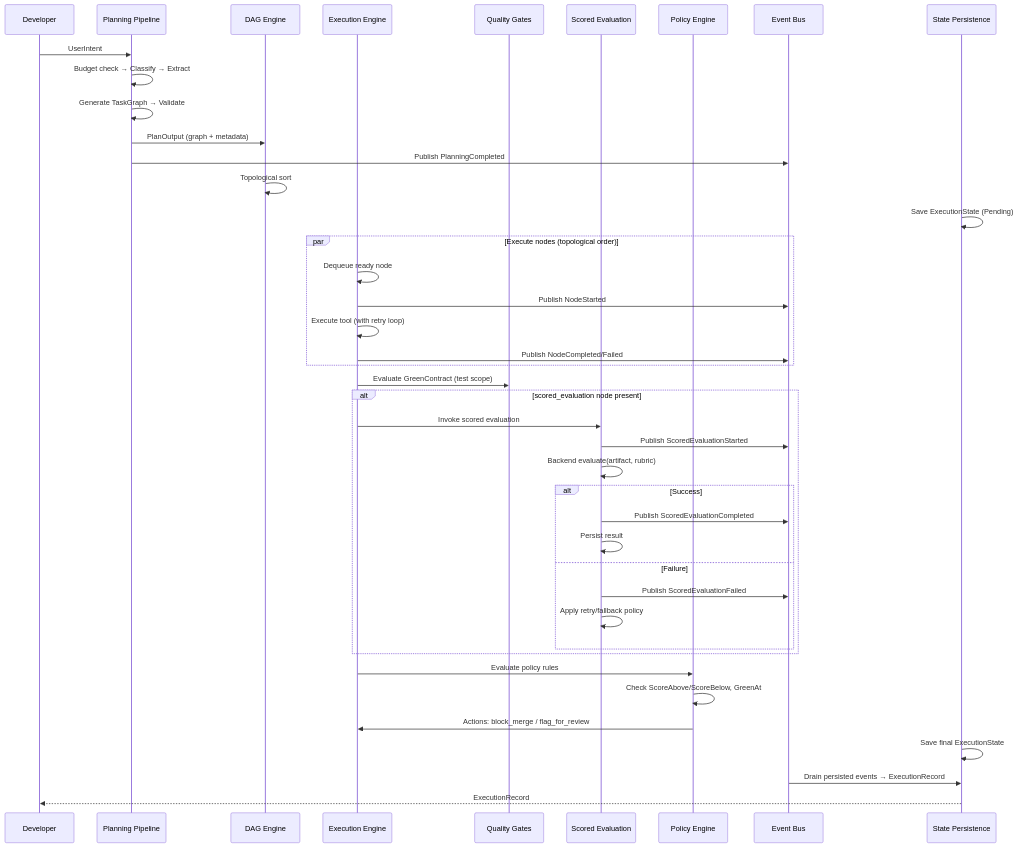
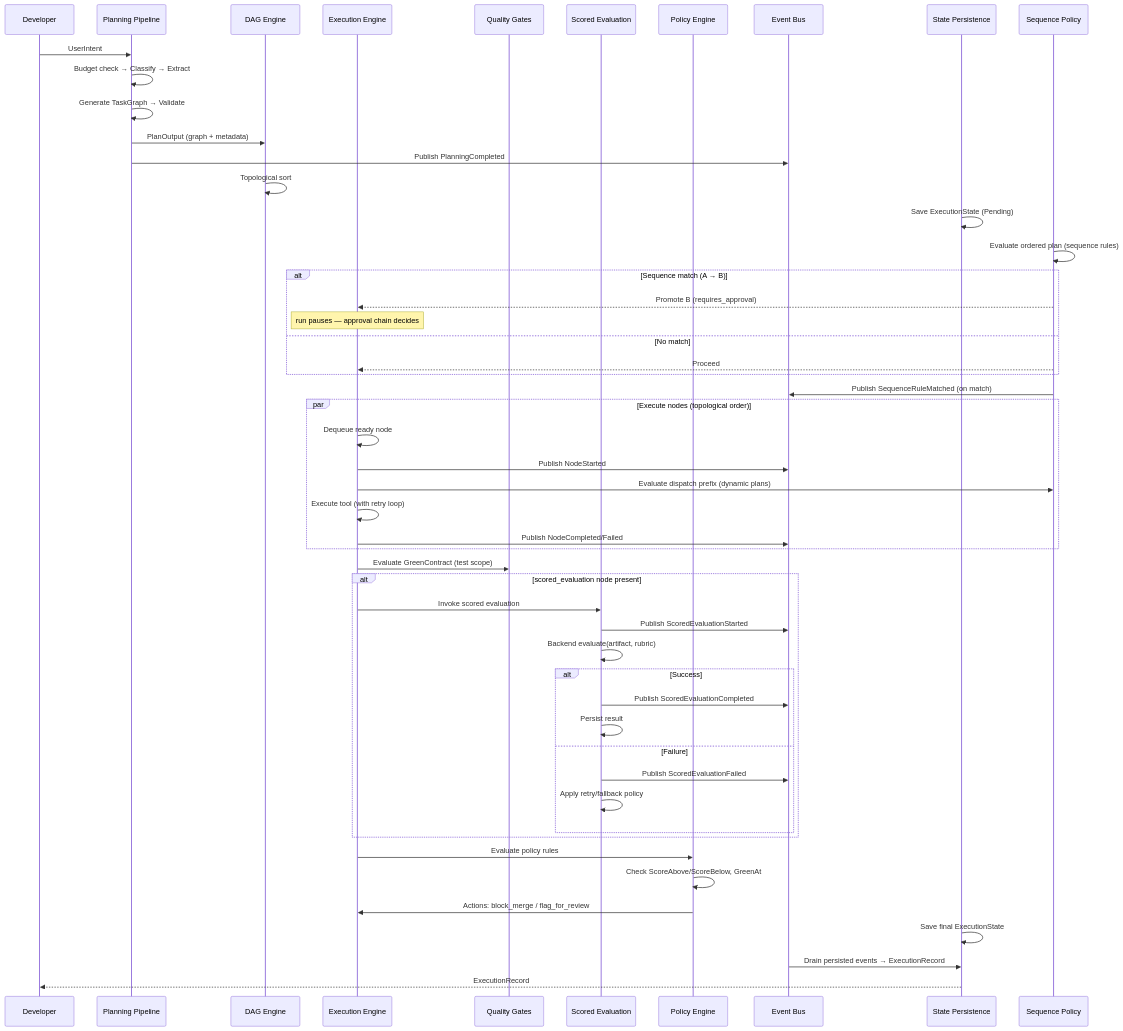
Before and after one commit to arman-jalili/rigorix-oss: the second of 2 diagrams in engine/.pi/architecture/diagrams/system-context.md, drawn with Mermaid. The commit also changed other lines of this file and 5 other files, not shown here.

First line of the commit message:
docs(sequence-policy): proposed bounded context for composed-action gating (ADR-013)

````diff
--- a/engine/.pi/architecture/diagrams/system-context.md
+++ b/engine/.pi/architecture/diagrams/system-context.md
@@ -152,49 +162,59 @@
 ```mermaid
 sequenceDiagram
     participant User as Developer
     participant PP as Planning Pipeline
     participant DAG as DAG Engine
     participant EE as Execution Engine
     participant QG as Quality Gates
     participant SE as Scored Evaluation
     participant POL as Policy Engine
     participant EV as Event Bus
     participant SP as State Persistence
+    participant SEQ as Sequence Policy
 
     User->>PP: UserIntent
     PP->>PP: Budget check → Classify → Extract
     PP->>PP: Generate TaskGraph → Validate
     PP->>DAG: PlanOutput (graph + metadata)
     PP->>EV: Publish PlanningCompleted
     DAG->>DAG: Topological sort
     SP->>SP: Save ExecutionState (Pending)
+    SEQ->>SEQ: Evaluate ordered plan (sequence rules)
+    alt Sequence match (A → B)
+        SEQ-->>EE: Promote B (requires_approval)
+        Note over EE: run pauses — approval chain decides
+    else No match
+        SEQ-->>EE: Proceed
+    end
+    SEQ->>EV: Publish SequenceRuleMatched (on match)
 
     par Execute nodes (topological order)
         EE->>EE: Dequeue ready node
         EE->>EV: Publish NodeStarted
+        EE->>SEQ: Evaluate dispatch prefix (dynamic plans)
         EE->>EE: Execute tool (with retry loop)
         EE->>EV: Publish NodeCompleted/Failed
     end
 
     EE->>QG: Evaluate GreenContract (test scope)
     alt scored_evaluation node present
         EE->>SE: Invoke scored evaluation
         SE->>EV: Publish ScoredEvaluationStarted
         SE->>SE: Backend evaluate(artifact, rubric)
         alt Success
             SE->>EV: Publish ScoredEvaluationCompleted
             SE->>SE: Persist result
         else Failure
             SE->>EV: Publish ScoredEvaluationFailed
             SE->>SE: Apply retry/fallback policy
         end
     end
 
     EE->>POL: Evaluate policy rules
     POL->>POL: Check ScoreAbove/ScoreBelow, GreenAt
     POL->>EE: Actions: block_merge / flag_for_review
 
     SP->>SP: Save final ExecutionState
     EV->>SP: Drain persisted events → ExecutionRecord
     SP-->>User: ExecutionRecord
 ```
````
